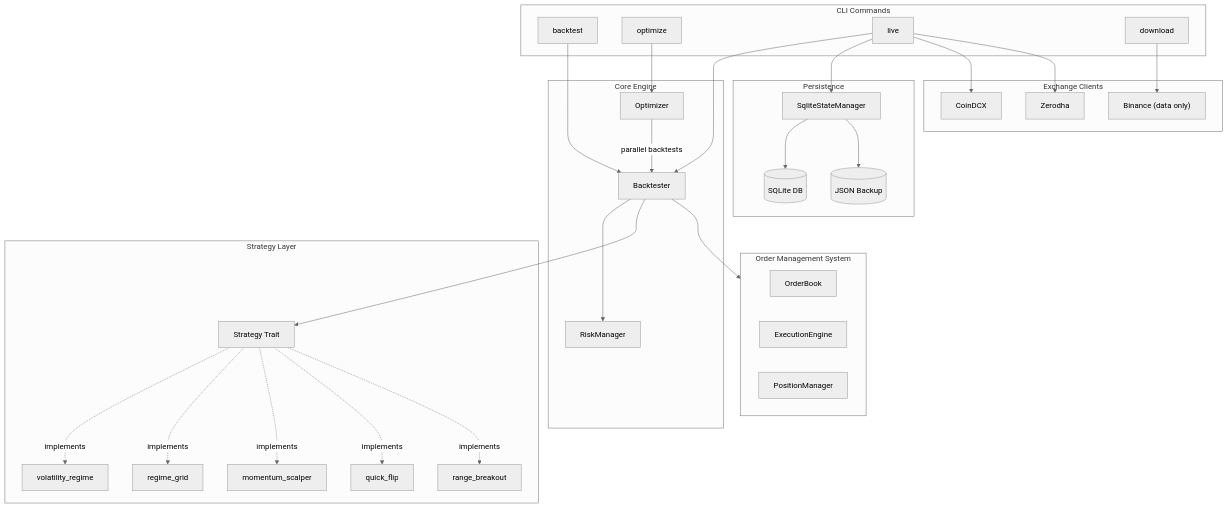
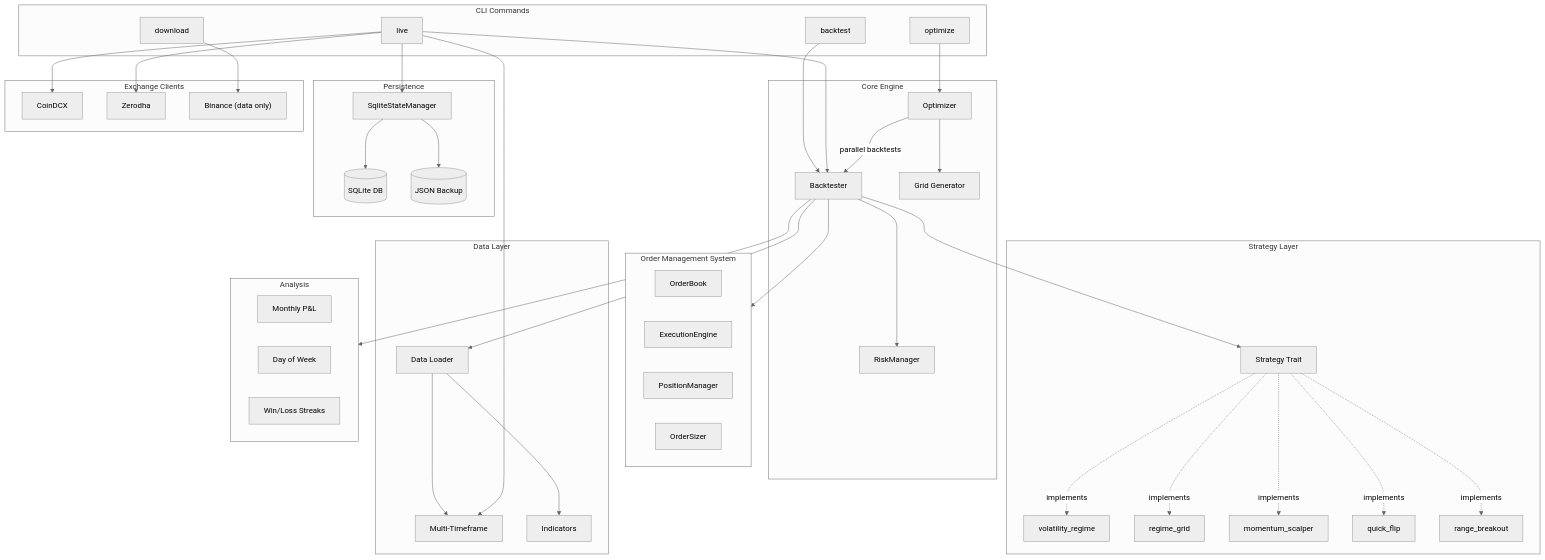
The first of 8 diagrams in docs/ARCHITECTURE.md (P0W/crypto-strategies), drawn with Mermaid (neutral theme) before and after one commit. The commit also changed other lines of this file and 3 other files, not shown here.

First line of the commit message:
Update documentation with current architecture

```diff
--- a/docs/ARCHITECTURE.md
+++ b/docs/ARCHITECTURE.md
@@ -17,12 +17,14 @@
         Backtester
         Optimizer
         RiskManager
+        GridGenerator["Grid Generator"]
     end
 
     subgraph OMS["Order Management System"]
         OrderBook
         ExecutionEngine
         PositionManager
+        OrderSizer
     end
 
     subgraph Strategies["Strategy Layer"]
@@ -32,6 +34,18 @@
         MomentumScalper["momentum_scalper"]
         QuickFlip["quick_flip"]
         RangeBreakout["range_breakout"]
+    end
+
+    subgraph Data["Data Layer"]
+        DataLoader["Data Loader"]
+        MultiTimeframe["Multi-Timeframe"]
+        Indicators["Indicators"]
+    end
+
+    subgraph Analysis["Analysis"]
+        MonthlyPnL["Monthly P&L"]
+        DayOfWeek["Day of Week"]
+        Streaks["Win/Loss Streaks"]
     end
 
     subgraph Persistence["Persistence"]
@@ -52,9 +66,15 @@
     download --> Binance
 
     Optimizer -->|parallel backtests| Backtester
+    Optimizer --> GridGenerator
     Backtester --> RiskManager
     Backtester --> OMS
     Backtester --> StrategyTrait
+    Backtester --> DataLoader
+    Backtester --> Analysis
+
+    DataLoader --> MultiTimeframe
+    DataLoader --> Indicators
 
     StrategyTrait -.->|implements| VolatilityRegime
     StrategyTrait -.->|implements| RegimeGrid
@@ -63,6 +83,7 @@
     StrategyTrait -.->|implements| RangeBreakout
 
     live --> StateManager
+    live --> MultiTimeframe
     StateManager --> SQLite
     StateManager --> JSON
     live --> CoinDCX
```
